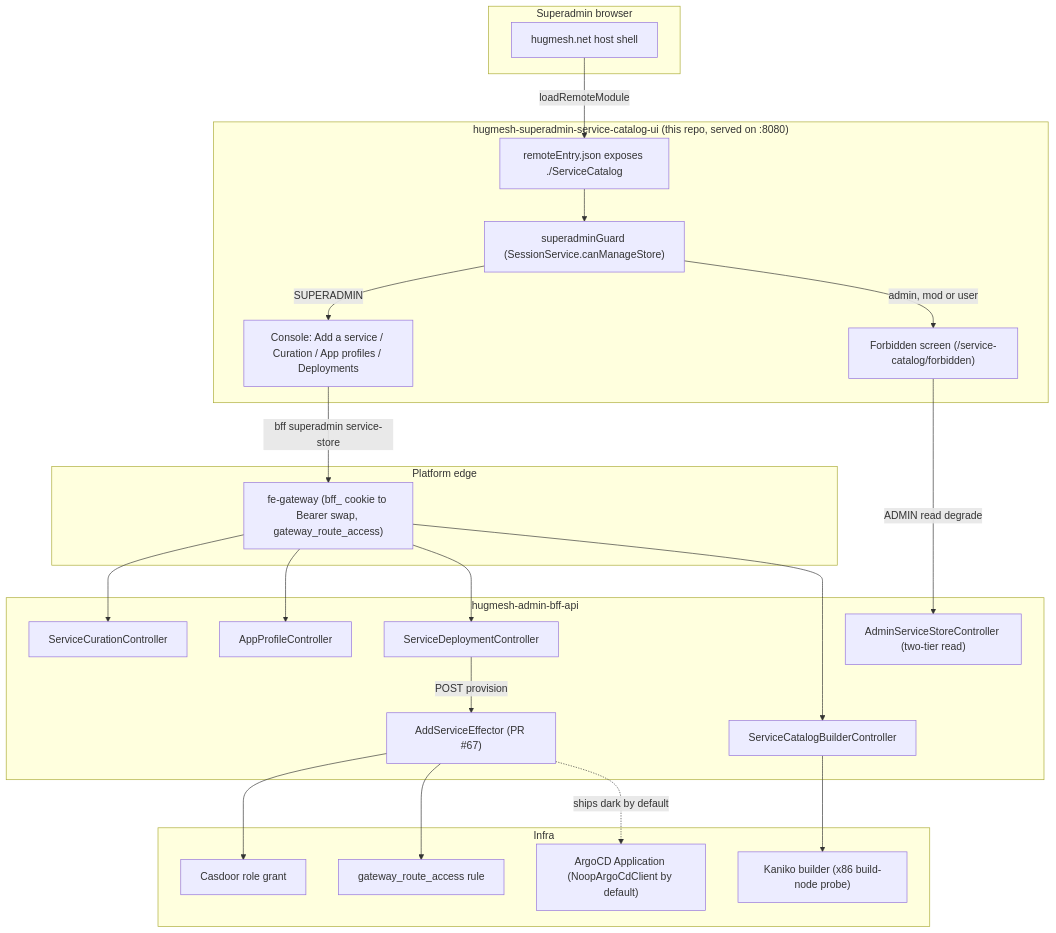
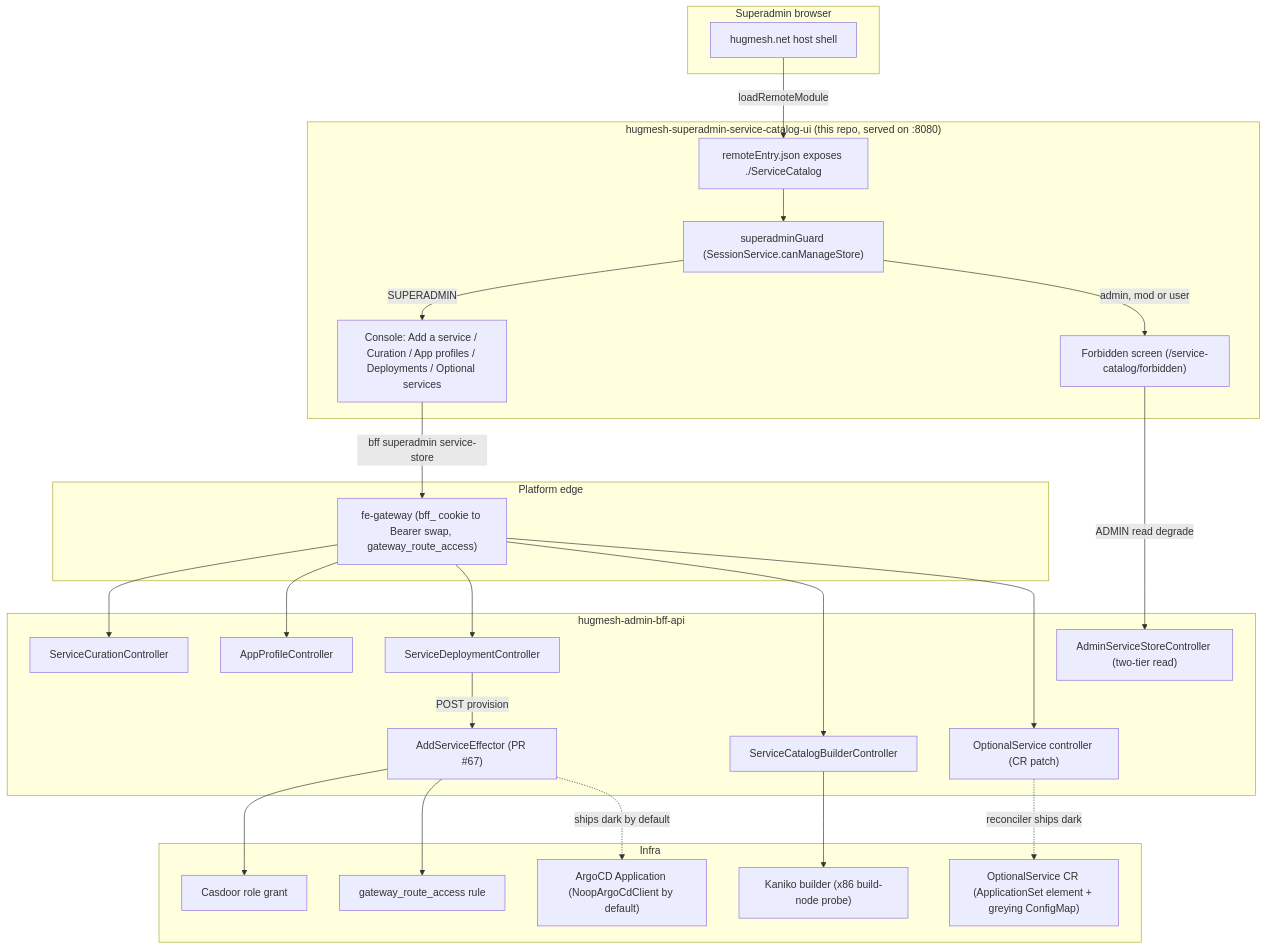
The diagram in content/reference/service-catalog-ui.md (hugmesh/hugmesh.github.io), drawn with Mermaid before and after one commit. The commit also changed other lines of this file and 20 other files, not shown here.

````diff
--- a/content/reference/service-catalog-ui.md
+++ b/content/reference/service-catalog-ui.md
@@ -55,50 +55,54 @@
 ```mermaid
 flowchart TD
     subgraph Browser["Superadmin browser"]
         Host["hugmesh.net host shell"]
     end
 
     subgraph Remote["hugmesh-superadmin-service-catalog-ui (this repo, served on :8080)"]
         RE["remoteEntry.json exposes ./ServiceCatalog"]
         Guard["superadminGuard (SessionService.canManageStore)"]
-        Console["Console: Add a service / Curation / App profiles / Deployments"]
+        Console["Console: Add a service / Curation / App profiles / Deployments / Optional services"]
         Forbidden["Forbidden screen (/service-catalog/forbidden)"]
     end
 
     subgraph Edge["Platform edge"]
         Gateway["fe-gateway (bff_ cookie to Bearer swap, gateway_route_access)"]
     end
 
     subgraph BFF["hugmesh-admin-bff-api"]
         Curation["ServiceCurationController"]
         Profiles["AppProfileController"]
         Deploy["ServiceDeploymentController"]
         AdminRead["AdminServiceStoreController (two-tier read)"]
         BuilderCtl["ServiceCatalogBuilderController"]
+        OptSvc["OptionalService controller (CR patch)"]
         Effector["AddServiceEffector (PR #67)"]
     end
 
     subgraph Infra["Infra"]
         Casdoor["Casdoor role grant"]
         RouteAccess["gateway_route_access rule"]
         ArgoCD["ArgoCD Application (NoopArgoCdClient by default)"]
         Kaniko["Kaniko builder (x86 build-node probe)"]
+        OptSvcCr["OptionalService CR (ApplicationSet element + greying ConfigMap)"]
     end
 
     Host -->|"loadRemoteModule"| RE
     RE --> Guard
     Guard -->|"SUPERADMIN"| Console
     Guard -->|"admin, mod or user"| Forbidden
     Forbidden -->|"ADMIN read degrade"| AdminRead
 
     Console -->|"bff superadmin service-store"| Gateway
     Gateway --> Curation
     Gateway --> Profiles
     Gateway --> Deploy
     Gateway --> BuilderCtl
     Deploy -->|"POST provision"| Effector
     Effector --> Casdoor
     Effector --> RouteAccess
     Effector -.->|"ships dark by default"| ArgoCD
     BuilderCtl --> Kaniko
+    Gateway --> OptSvc
+    OptSvc -.->|"reconciler ships dark"| OptSvcCr
 ```
````
